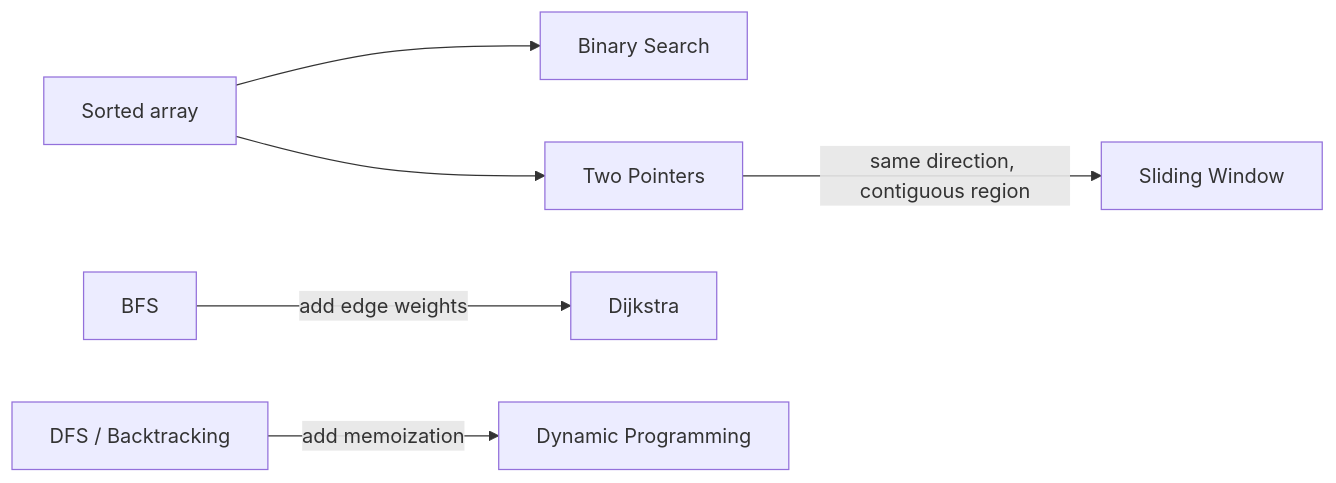
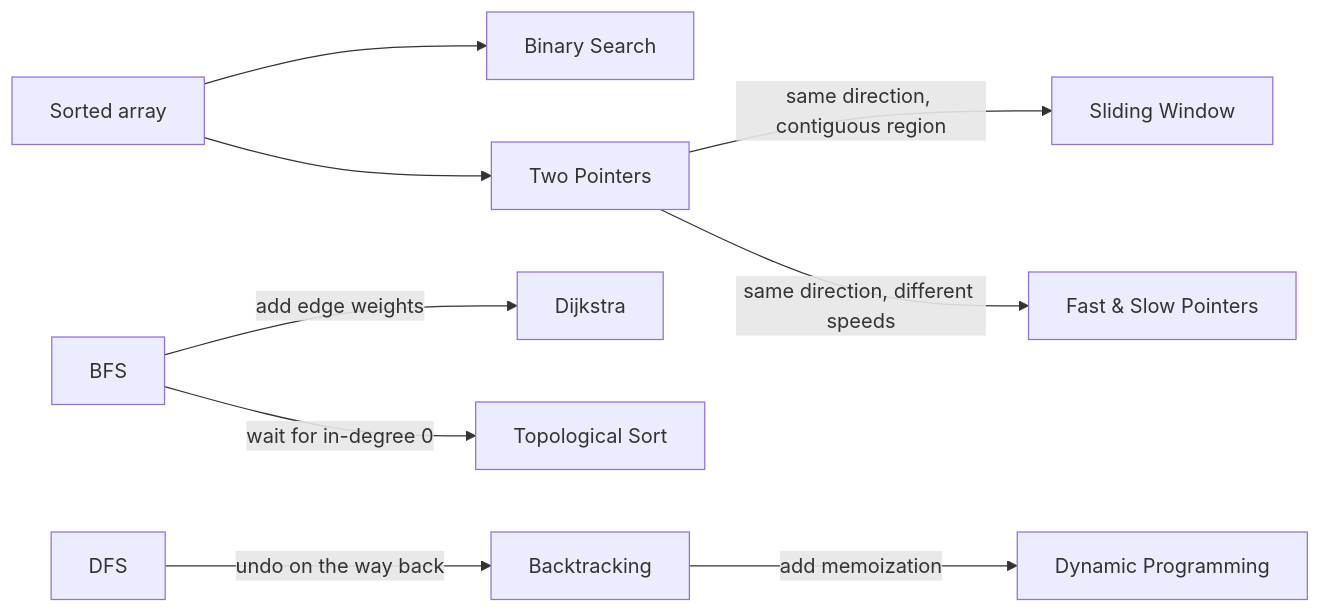
Before and after one commit to ExporaCloud/coding-interview-patterns: the diagram in decision-framework.md, drawn with Mermaid. The commit also changed other lines of this file and 18 other files, not shown here.

````diff
--- a/decision-framework.md
+++ b/decision-framework.md
@@ -41,8 +59,11 @@
 ```mermaid
 graph LR
     Sorted["Sorted array"] --> BS["Binary Search"]
     Sorted --> TP["Two Pointers"]
     TP -->|"same direction, contiguous region"| SW["Sliding Window"]
     BFS["BFS"] -->|"add edge weights"| DJ["Dijkstra"]
-    DFS["DFS / Backtracking"] -->|"add memoization"| DP["Dynamic Programming"]
+    DFS["DFS"] -->|"undo on the way back"| BT["Backtracking"]
+    BT -->|"add memoization"| DP["Dynamic Programming"]
+    BFS -->|"wait for in-degree 0"| TS["Topological Sort"]
+    TP -->|"same direction, different speeds"| FS["Fast & Slow Pointers"]
 ```
````
